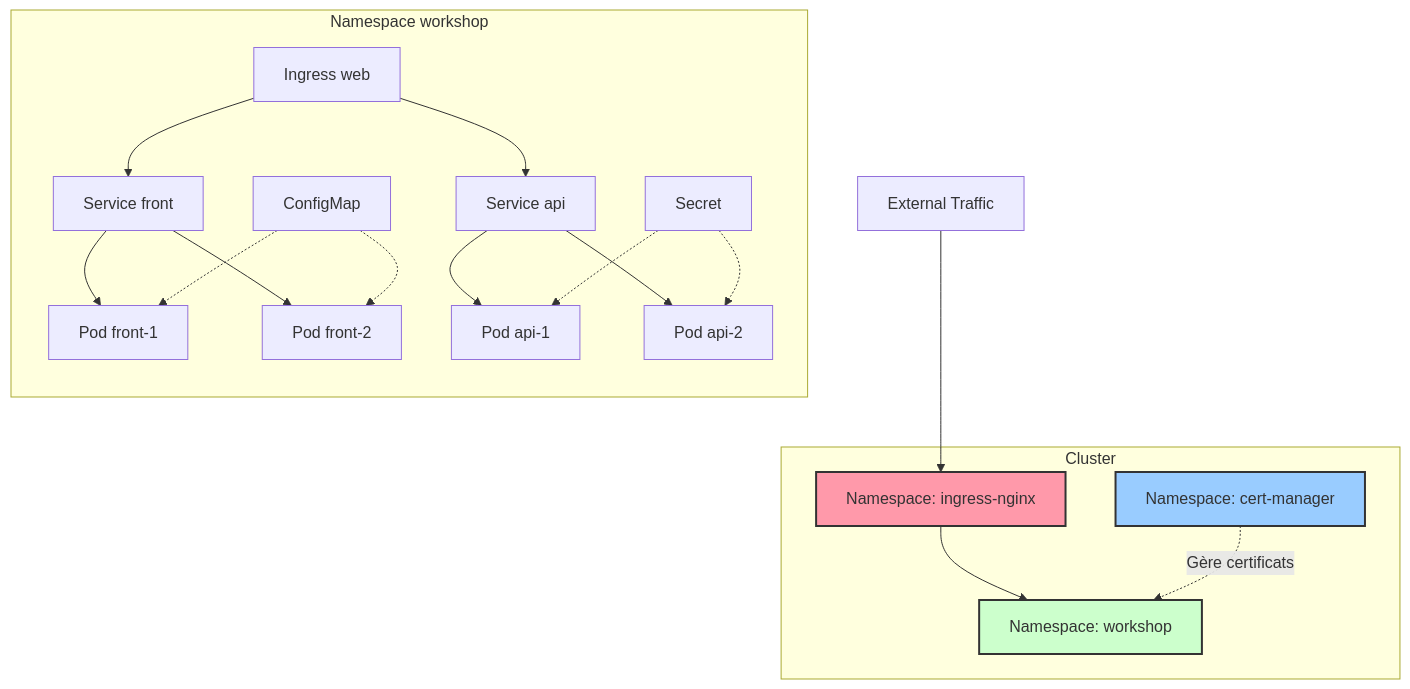
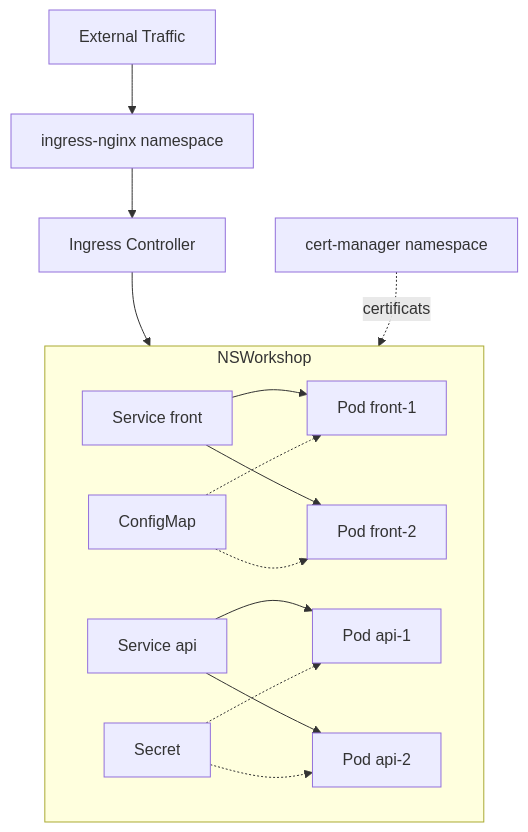
One commit to MPFabio/S4-Ingress-TLS-Config-Secrets changed the ninth of 9 diagrams in ARCHITECTURE.md. Above: the diagram before and after it, drawn with Mermaid. The commit also changed other lines of this file, not shown here.

Commit message:
Simplify diagrams for better readability

````diff
--- a/ARCHITECTURE.md
+++ b/ARCHITECTURE.md
@@ -327,40 +292,29 @@
 ```mermaid
 flowchart TB
-    subgraph Namespace workshop
-        direction TB
-        Ingress[Ingress web]
+    External[External Traffic] --> NSIngress[ingress-nginx namespace]
+    NSIngress --> Ingress[Ingress Controller]
+    
+    Ingress --> NSWorkshop[workshop namespace]
+    
+    subgraph NSWorkshop
         SvcF[Service front]
         SvcA[Service api]
         PF1[Pod front-1]
         PF2[Pod front-2]
         PA1[Pod api-1]
         PA2[Pod api-2]
         CM[ConfigMap]
         S[Secret]
         
-        Ingress --> SvcF
-        Ingress --> SvcA
         SvcF --> PF1
         SvcF --> PF2
         SvcA --> PA1
         SvcA --> PA2
         CM -.-> PF1
         CM -.-> PF2
         S -.-> PA1
         S -.-> PA2
     end
     
-    subgraph Cluster
-        NS1[Namespace: workshop]
-        NS2[Namespace: ingress-nginx]
-        NS3[Namespace: cert-manager]
-    end
-    
-    External[External Traffic] --> NS2
-    NS2 --> NS1
-    NS3 -.Gère certificats.-> NS1
-    
-    style NS1 fill:#cfc,stroke:#333,stroke-width:2px
-    style NS2 fill:#f9a,stroke:#333,stroke-width:2px
-    style NS3 fill:#9cf,stroke:#333,stroke-width:2px
+    NSCert[cert-manager namespace] -.certificats.-> NSWorkshop
 ```
````
